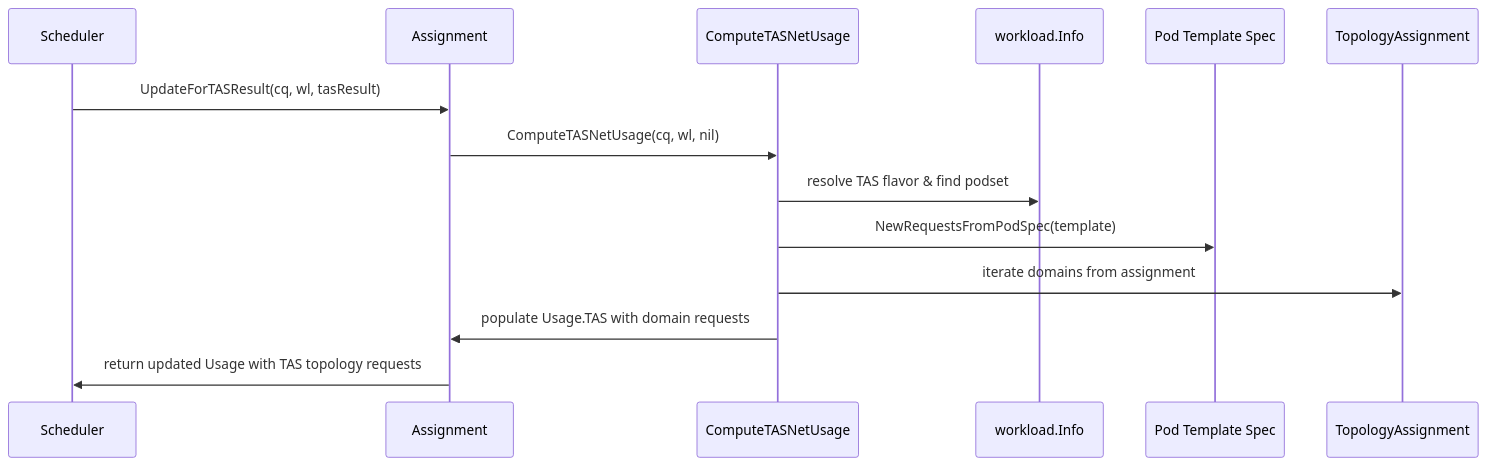
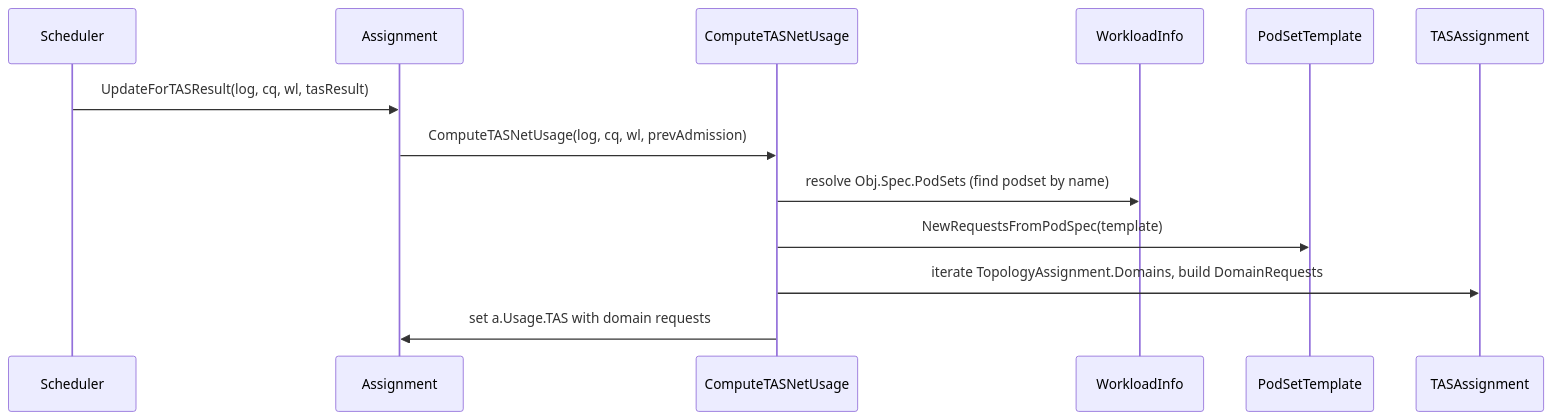
The diagram in raw/github/kubernetes-sigs__kueue/pr-12006.md (reruno/kueue-llm-wiki), drawn with Mermaid before and after one commit. The commit also changed other lines of this file and 1441 other files, not shown here.

````diff
--- a/raw/github/kubernetes-sigs__kueue/pr-12006.md
+++ b/raw/github/kubernetes-sigs__kueue/pr-12006.md
@@ -225,16 +213,15 @@
 ```mermaid
 sequenceDiagram
   participant Scheduler
   participant Assignment
   participant ComputeTASNetUsage
-  participant workload as workload.Info
-  participant podset as Pod Template Spec
-  participant topology as TopologyAssignment
-  Scheduler->>Assignment: UpdateForTASResult(cq, wl, tasResult)
-  Assignment->>ComputeTASNetUsage: ComputeTASNetUsage(cq, wl, nil)
-  ComputeTASNetUsage->>workload: resolve TAS flavor & find podset
-  ComputeTASNetUsage->>podset: NewRequestsFromPodSpec(template)
-  ComputeTASNetUsage->>topology: iterate domains from assignment
-  ComputeTASNetUsage->>Assignment: populate Usage.TAS with domain requests
-  Assignment->>Scheduler: return updated Usage with TAS topology requests
+  participant WorkloadInfo
+  participant PodSetTemplate
+  participant TASAssignment
+  Scheduler->>Assignment: UpdateForTASResult(log, cq, wl, tasResult)
+  Assignment->>ComputeTASNetUsage: ComputeTASNetUsage(log, cq, wl, prevAdmission)
+  ComputeTASNetUsage->>WorkloadInfo: resolve Obj.Spec.PodSets (find podset by name)
+  ComputeTASNetUsage->>PodSetTemplate: NewRequestsFromPodSpec(template)
+  ComputeTASNetUsage->>TASAssignment: iterate TopologyAssignment.Domains, build DomainRequests
+  ComputeTASNetUsage->>Assignment: set a.Usage.TAS with domain requests
 ```
````
